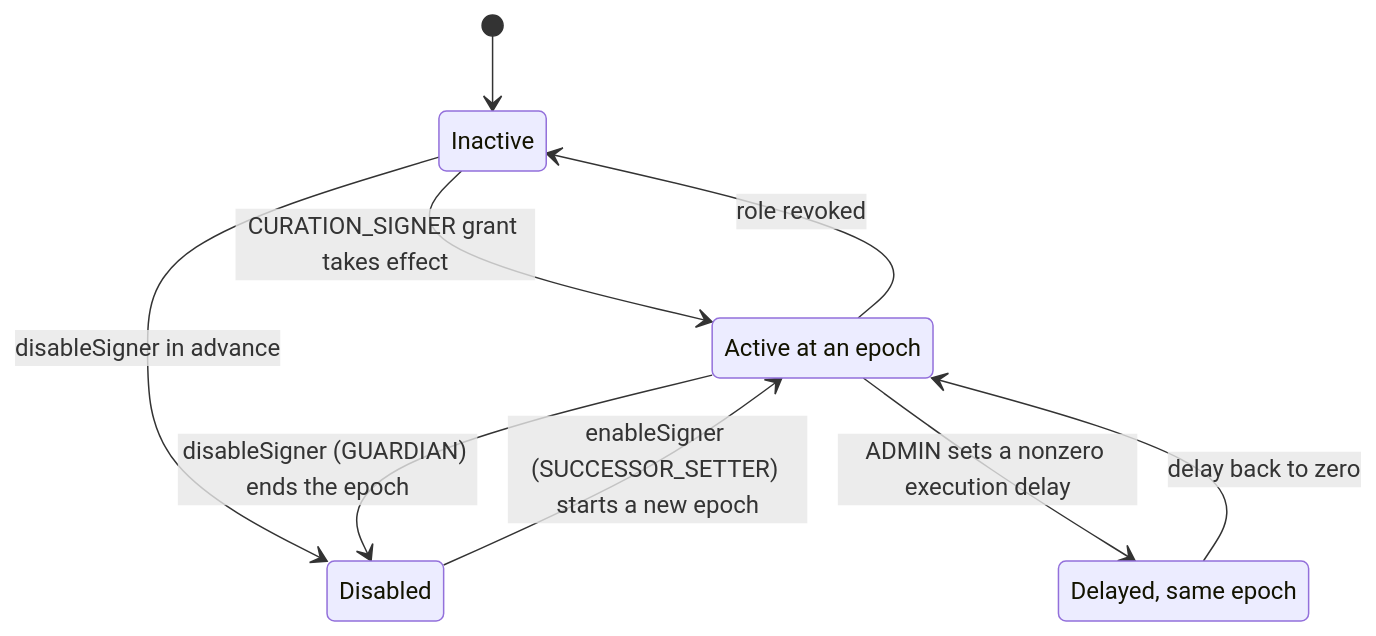
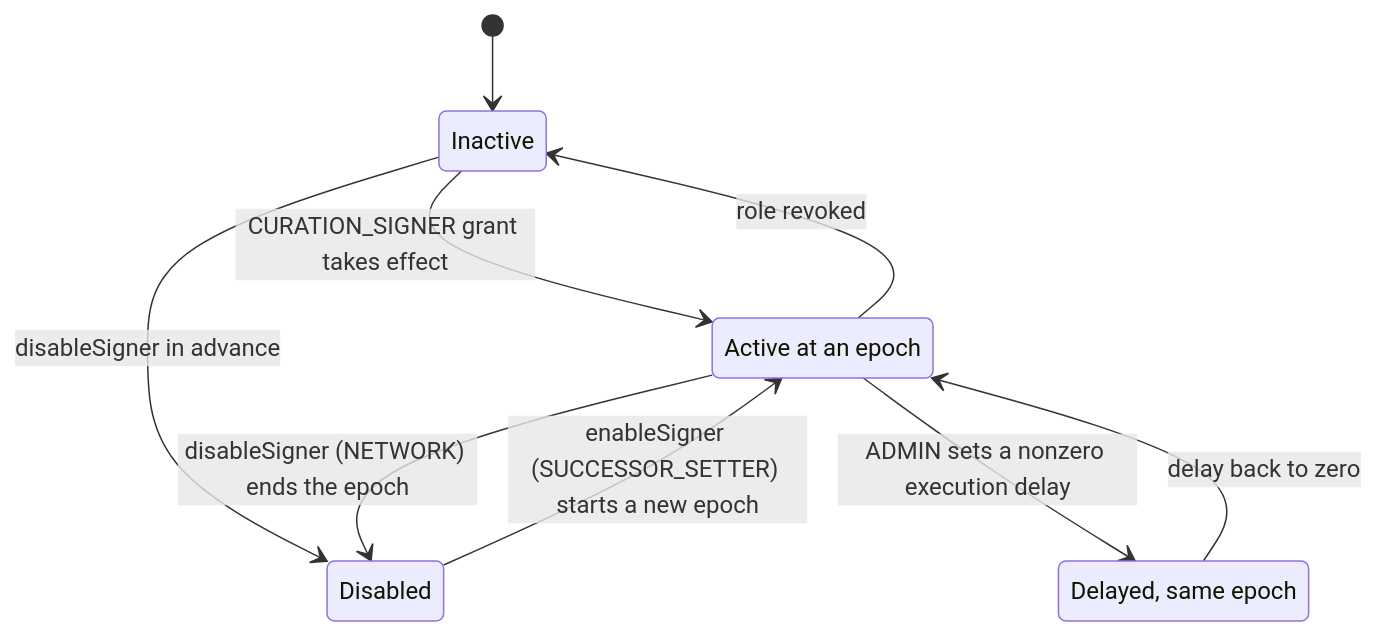
Before and after one commit to 6529-Collections/6529-works: the third of 8 diagrams in docs/spec/curation.md, drawn with Mermaid. The commit also changed other lines of this file and 352 other files, not shown here.

````diff
--- a/docs/spec/curation.md
+++ b/docs/spec/curation.md
@@ -203,15 +212,15 @@
 ```mermaid
 stateDiagram-v2
     state "Inactive" as Inactive
     state "Active at an epoch" as Active
     state "Disabled" as Disabled
     state "Delayed, same epoch" as Delayed
     [*] --> Inactive
     Inactive --> Active : CURATION_SIGNER grant takes effect
     Inactive --> Disabled : disableSigner in advance
-    Active --> Disabled : disableSigner (GUARDIAN) ends the epoch
+    Active --> Disabled : disableSigner (NETWORK) ends the epoch
     Disabled --> Active : enableSigner (SUCCESSOR_SETTER) starts a new epoch
     Active --> Delayed : ADMIN sets a nonzero execution delay
     Delayed --> Active : delay back to zero
     Active --> Inactive : role revoked
 ```
````
